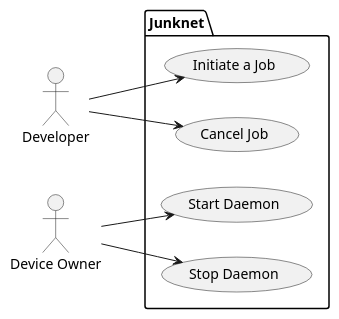
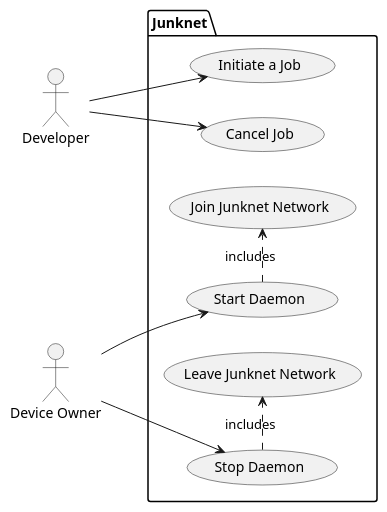
The diagram in UseCase/usecase.plantuml (cs130-w21/1), drawn with PlantUML before and after one commit.

Commit message:
Add "network join/leave" use cases to UML diagram.

```diff
--- a/UseCase/usecase.plantuml
+++ b/UseCase/usecase.plantuml
@@ -1,19 +1,22 @@
 @startuml
 
 left to right direction
 
 actor Developer as developer
 actor "Device Owner" as DevOwn
 package Junknet { 
 	usecase (Initiate a Job) as initiate
 	usecase (Cancel Job) as cancel
         usecase (Start Daemon) as start
         usecase (Stop Daemon) as stop
-
+	usecase (Join Junknet Network) as join_network
+	usecase (Leave Junknet Network) as leave_network
 }
 
 developer --> initiate
 developer --> cancel
 DevOwn --> start
 DevOwn --> stop
+start .> join_network : includes
+stop .> leave_network : includes
 @enduml
```
